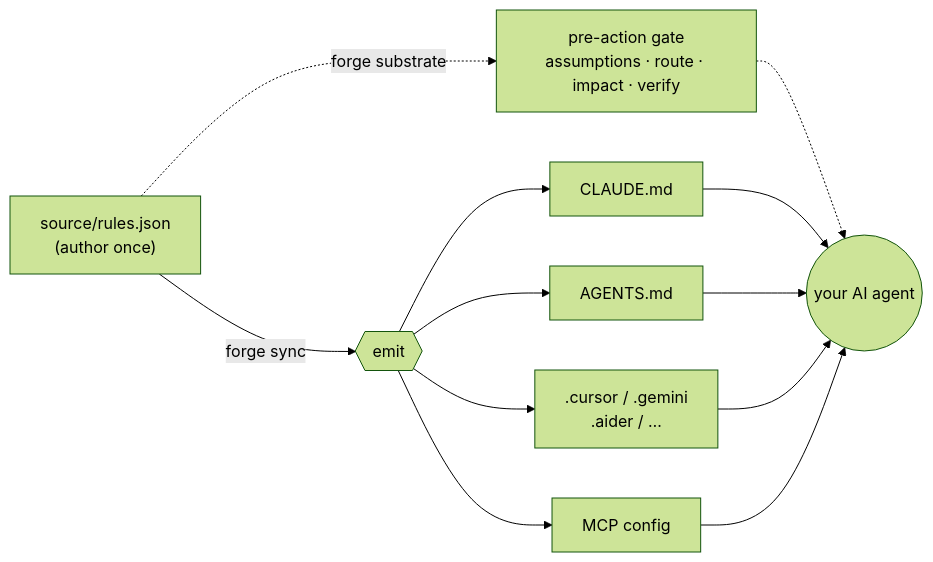
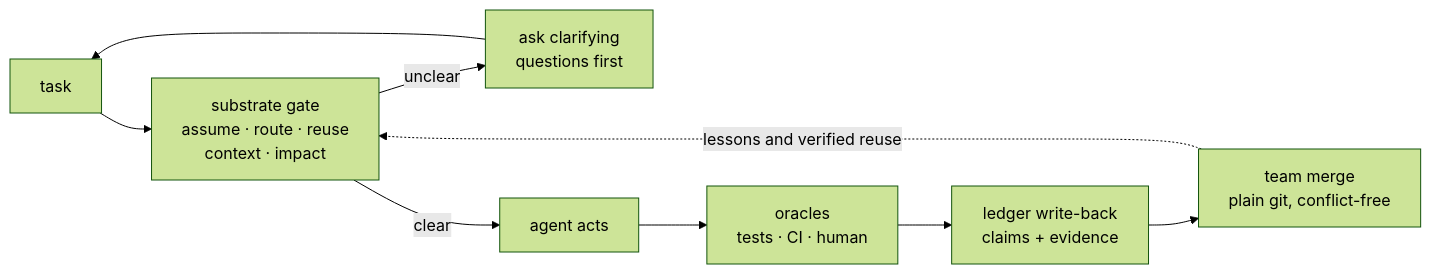
One commit to CodeWithJuber/forgekit changed the diagram in README.md. Above: the diagram before and after it, drawn with Mermaid (forest theme). The commit also changed other lines of this file and 1 other file, not shown here.

````diff
--- a/README.md
+++ b/README.md
@@ -30,14 +85,11 @@
 ```mermaid
 flowchart LR
-    S["source/rules.json<br/>(author once)"] -->|forge sync| E{{emit}}
-    E --> C["CLAUDE.md"]
-    E --> A["AGENTS.md"]
-    E --> R[".cursor / .gemini<br/>.aider / …"]
-    E --> M["MCP config"]
-    S -.->|forge substrate| G["pre-action gate<br/>assumptions · route · impact · verify"]
-    G -.-> Agent(("your AI agent"))
-    C --> Agent
-    A --> Agent
-    R --> Agent
-    M --> Agent
+    T["task"] --> G["substrate gate<br/>assume · route · reuse<br/>context · impact"]
+    G -->|unclear| Q["ask clarifying<br/>questions first"]
+    Q --> T
+    G -->|clear| A["agent acts"]
+    A --> O["oracles<br/>tests · CI · human"]
+    O --> L["ledger write-back<br/>claims + evidence"]
+    L --> M["team merge<br/>plain git, conflict-free"]
+    M -.->|lessons and verified reuse| G
 ```
````
